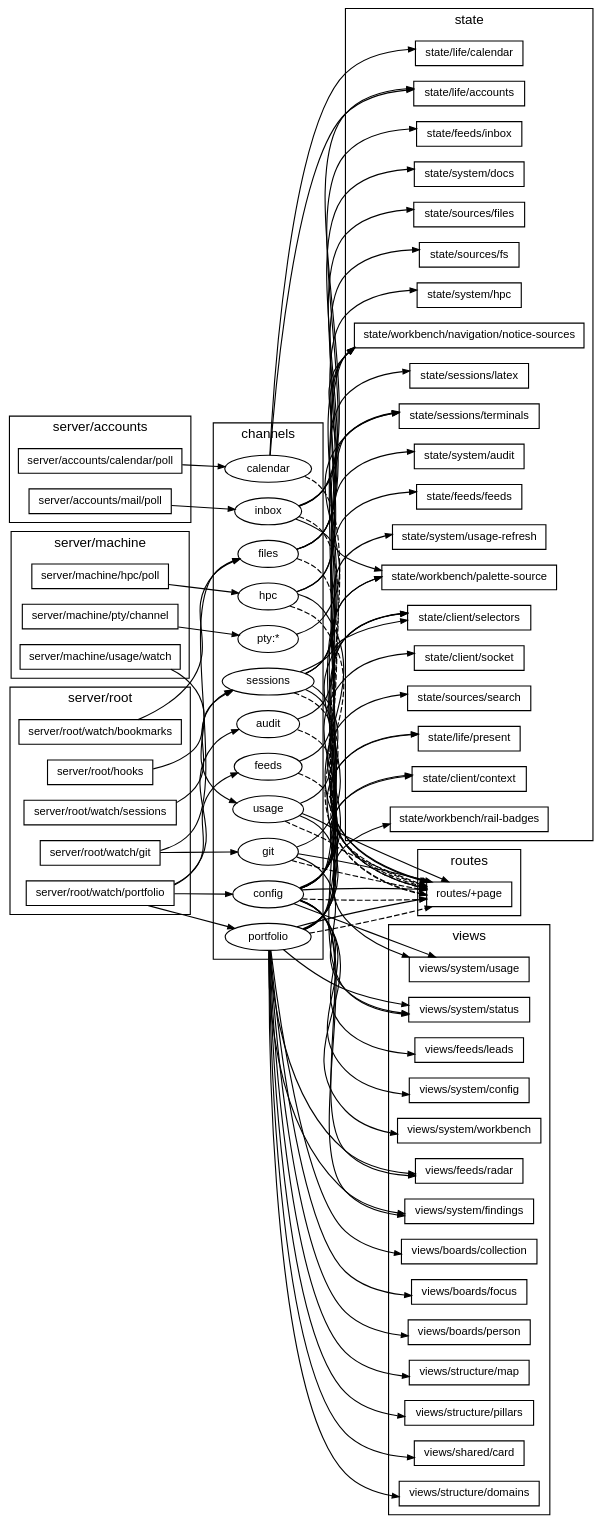
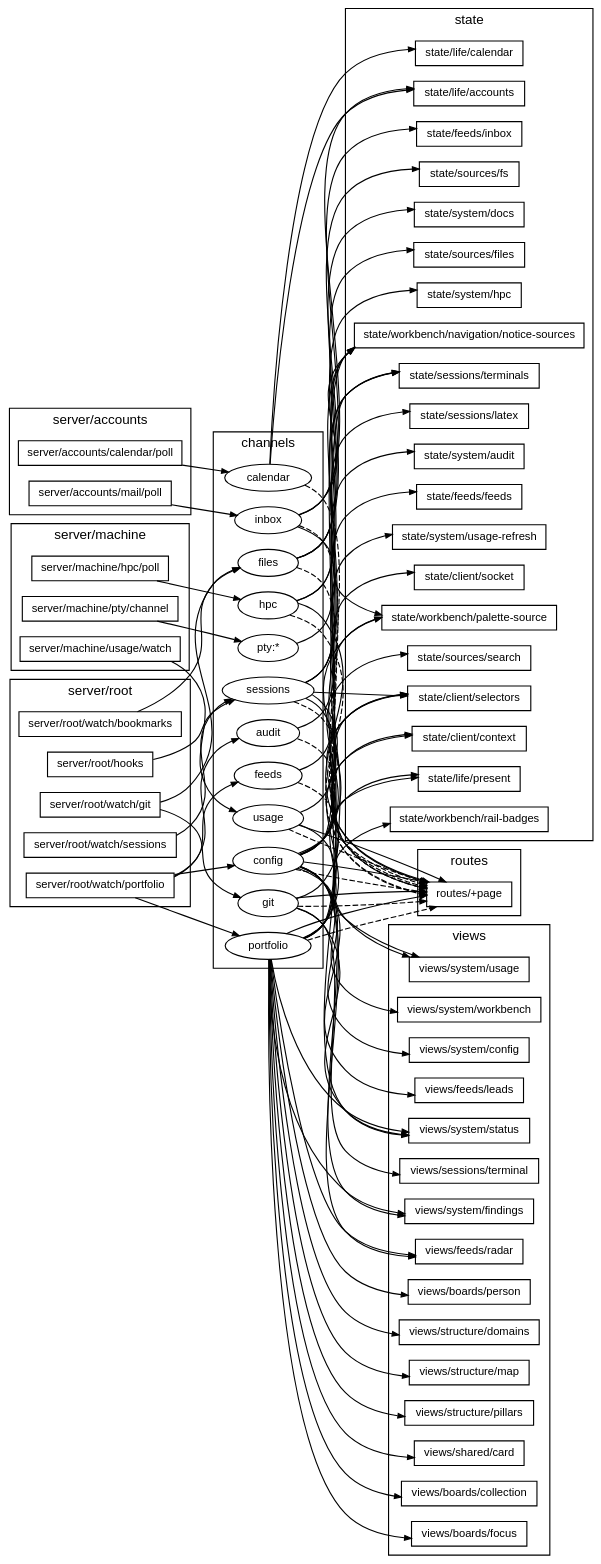
One commit to TheAxeC/oculus changed the diagram in docs/diagrams/channels.dot. Above: the diagram before and after it, drawn with Graphviz. The commit also changed 156 other files, not shown here.

First line of the commit message:
Land S2: the sessions views rebuilt to VS Code's Agents window

```diff
--- a/docs/diagrams/channels.dot
+++ b/docs/diagrams/channels.dot
@@ -1,166 +1,168 @@
 digraph channels {
     graph [bgcolor="transparent", rankdir=LR, fontname="Helvetica,Arial,sans-serif", fontsize=12, nodesep=0.2, ranksep=0.5];
     node [shape=box, color="black", fontcolor="black", fontname="Helvetica,Arial,sans-serif", fontsize=10, height=0.3, margin="0.12,0.04"];
     edge [color="black", fontcolor="black", fontname="Helvetica,Arial,sans-serif", fontsize=8, arrowsize=0.6];
     subgraph "cluster_publish server/accounts" {
         label="server/accounts"; style=solid;
         "server/accounts/calendar/poll";
         "server/accounts/mail/poll";
     }
     subgraph "cluster_publish server/machine" {
         label="server/machine"; style=solid;
         "server/machine/hpc/poll";
         "server/machine/pty/channel";
         "server/machine/usage/watch";
     }
     subgraph "cluster_publish server/root" {
         label="server/root"; style=solid;
         "server/root/hooks";
         "server/root/watch/bookmarks";
         "server/root/watch/git";
         "server/root/watch/portfolio";
         "server/root/watch/sessions";
     }
     subgraph "cluster_channels" {
         label="channels"; style=solid;
         "ch audit" [label="audit", shape=ellipse];
         "ch calendar" [label="calendar", shape=ellipse];
         "ch config" [label="config", shape=ellipse];
         "ch feeds" [label="feeds", shape=ellipse];
         "ch files" [label="files", shape=ellipse];
         "ch git" [label="git", shape=ellipse];
         "ch hpc" [label="hpc", shape=ellipse];
         "ch inbox" [label="inbox", shape=ellipse];
         "ch portfolio" [label="portfolio", shape=ellipse];
         "ch pty:*" [label="pty:*", shape=ellipse];
         "ch sessions" [label="sessions", shape=ellipse];
         "ch usage" [label="usage", shape=ellipse];
     }
     subgraph "cluster_read state" {
         label="state"; style=solid;
         "state/client/context";
         "state/client/selectors";
         "state/client/socket";
         "state/feeds/feeds";
         "state/feeds/inbox";
         "state/life/accounts";
         "state/life/calendar";
         "state/life/present";
         "state/sessions/latex";
         "state/sessions/terminals";
         "state/sources/files";
         "state/sources/fs";
         "state/sources/search";
         "state/system/audit";
         "state/system/docs";
         "state/system/hpc";
         "state/system/usage-refresh";
         "state/workbench/navigation/notice-sources";
         "state/workbench/palette-source";
         "state/workbench/rail-badges";
     }
     subgraph "cluster_read views" {
         label="views"; style=solid;
         "views/boards/collection";
         "views/boards/focus";
         "views/boards/person";
         "views/feeds/leads";
         "views/feeds/radar";
+        "views/sessions/terminal";
         "views/shared/card";
         "views/structure/domains";
         "views/structure/map";
         "views/structure/pillars";
         "views/system/config";
         "views/system/findings";
         "views/system/status";
         "views/system/usage";
         "views/system/workbench";
     }
     subgraph "cluster_read routes" {
         label="routes"; style=solid;
         "routes/+page";
     }
     "ch audit" -> "routes/+page" [style=dashed];
     "ch audit" -> "state/system/audit";
     "ch calendar" -> "routes/+page" [style=dashed];
     "ch calendar" -> "state/life/accounts";
     "ch calendar" -> "state/life/calendar";
     "ch config" -> "routes/+page" [style=dashed];
     "ch config" -> "routes/+page";
     "ch config" -> "state/client/context";
     "ch config" -> "state/client/selectors";
     "ch config" -> "state/client/socket";
     "ch config" -> "state/life/present";
     "ch config" -> "state/sessions/terminals";
     "ch config" -> "state/sources/search";
     "ch config" -> "state/workbench/palette-source";
     "ch config" -> "views/feeds/leads";
     "ch config" -> "views/feeds/radar";
     "ch config" -> "views/system/config";
     "ch config" -> "views/system/findings";
     "ch config" -> "views/system/usage";
     "ch config" -> "views/system/workbench";
     "ch feeds" -> "routes/+page" [style=dashed];
     "ch feeds" -> "state/feeds/feeds";
     "ch files" -> "routes/+page" [style=dashed];
     "ch files" -> "state/sources/files";
     "ch files" -> "state/sources/fs";
     "ch files" -> "state/system/docs";
     "ch git" -> "routes/+page" [style=dashed];
     "ch git" -> "routes/+page";
     "ch git" -> "state/client/selectors";
+    "ch git" -> "views/sessions/terminal";
     "ch git" -> "views/system/status";
     "ch hpc" -> "routes/+page" [style=dashed];
     "ch hpc" -> "routes/+page";
     "ch hpc" -> "state/system/hpc";
     "ch hpc" -> "state/workbench/navigation/notice-sources";
     "ch inbox" -> "routes/+page" [style=dashed];
     "ch inbox" -> "state/feeds/inbox";
     "ch inbox" -> "state/life/accounts";
     "ch inbox" -> "state/workbench/navigation/notice-sources";
     "ch inbox" -> "state/workbench/palette-source";
     "ch portfolio" -> "routes/+page" [style=dashed];
     "ch portfolio" -> "routes/+page";
     "ch portfolio" -> "state/client/context";
     "ch portfolio" -> "state/client/selectors";
     "ch portfolio" -> "state/life/present";
     "ch portfolio" -> "state/workbench/navigation/notice-sources";
     "ch portfolio" -> "state/workbench/palette-source";
     "ch portfolio" -> "state/workbench/rail-badges";
     "ch portfolio" -> "views/boards/collection";
     "ch portfolio" -> "views/boards/focus";
     "ch portfolio" -> "views/boards/person";
     "ch portfolio" -> "views/feeds/radar";
     "ch portfolio" -> "views/shared/card";
     "ch portfolio" -> "views/structure/domains";
     "ch portfolio" -> "views/structure/map";
     "ch portfolio" -> "views/structure/pillars";
     "ch portfolio" -> "views/system/findings";
     "ch portfolio" -> "views/system/status";
     "ch pty:*" -> "state/sessions/terminals";
     "ch sessions" -> "routes/+page" [style=dashed];
     "ch sessions" -> "routes/+page";
     "ch sessions" -> "state/client/selectors";
     "ch sessions" -> "state/sessions/latex";
     "ch sessions" -> "state/sessions/terminals";
     "ch sessions" -> "state/workbench/navigation/notice-sources";
     "ch sessions" -> "views/system/status";
     "ch usage" -> "routes/+page" [style=dashed];
     "ch usage" -> "routes/+page";
     "ch usage" -> "state/system/usage-refresh";
     "ch usage" -> "views/system/usage";
     "server/accounts/calendar/poll" -> "ch calendar";
     "server/accounts/mail/poll" -> "ch inbox";
     "server/machine/hpc/poll" -> "ch hpc";
     "server/machine/pty/channel" -> "ch pty:*";
     "server/machine/usage/watch" -> "ch usage";
     "server/root/hooks" -> "ch sessions";
     "server/root/watch/bookmarks" -> "ch files";
     "server/root/watch/git" -> "ch files";
     "server/root/watch/git" -> "ch git";
     "server/root/watch/portfolio" -> "ch audit";
     "server/root/watch/portfolio" -> "ch config";
     "server/root/watch/portfolio" -> "ch feeds";
     "server/root/watch/portfolio" -> "ch portfolio";
     "server/root/watch/sessions" -> "ch sessions";
 }
```
